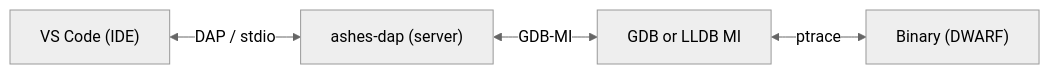
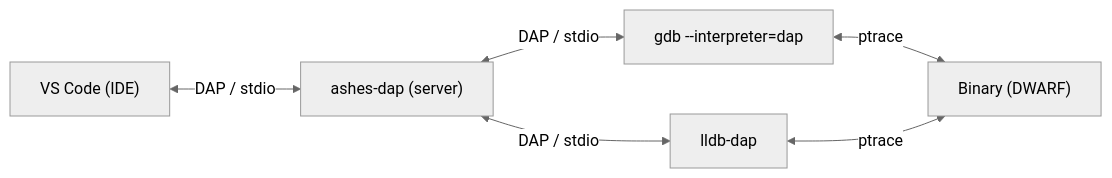
The diagram in docs/md/guide/debugging.md (MattiasHognas/Ashes), drawn with Mermaid (neutral theme) before and after one commit. The commit also changed other lines of this file and 20 other files, not shown here.

First line of the commit message:
fix(dap): working LLDB debugging via lldb-dap + Variables pane fixes (#244)

````diff
--- a/docs/md/guide/debugging.md
+++ b/docs/md/guide/debugging.md
@@ -534,6 +547,8 @@
 ```mermaid
 flowchart LR
     vscode["VS Code (IDE)"] <-->|"DAP / stdio"| dap["ashes-dap (server)"]
-    dap <-->|"GDB-MI"| dbg["GDB or LLDB MI"]
-    dbg <-->|"ptrace"| bin["Binary (DWARF)"]
+    dap <-->|"DAP / stdio"| gdb["gdb --interpreter=dap"]
+    dap <-->|"DAP / stdio"| lldbdap["lldb-dap"]
+    gdb <-->|"ptrace"| bin["Binary (DWARF)"]
+    lldbdap <-->|"ptrace"| bin
 ```
````
